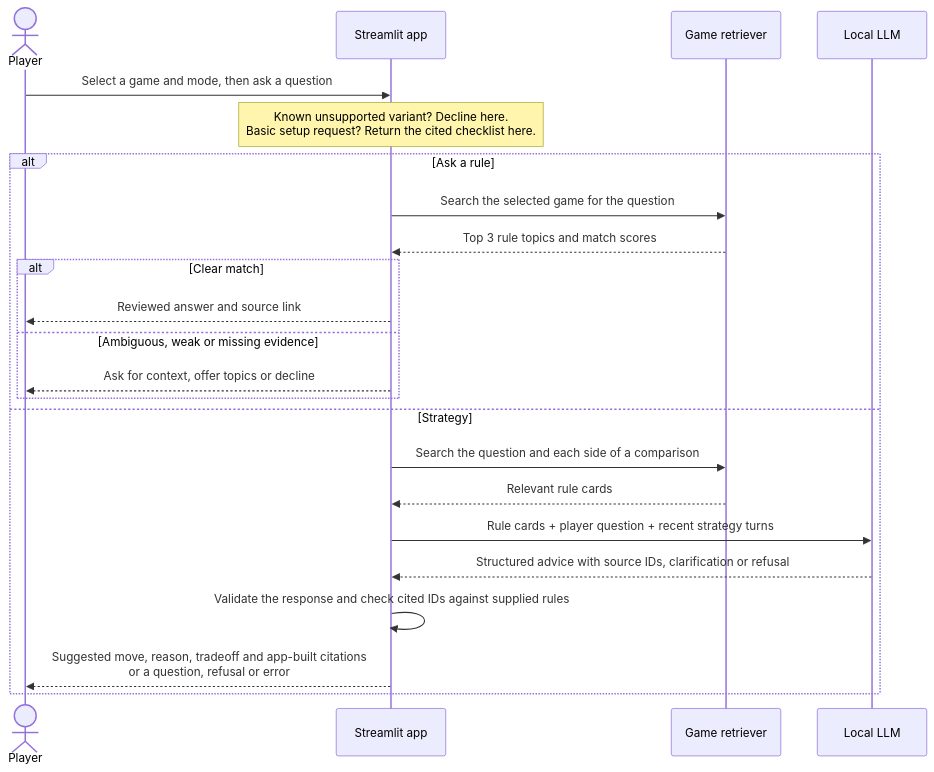
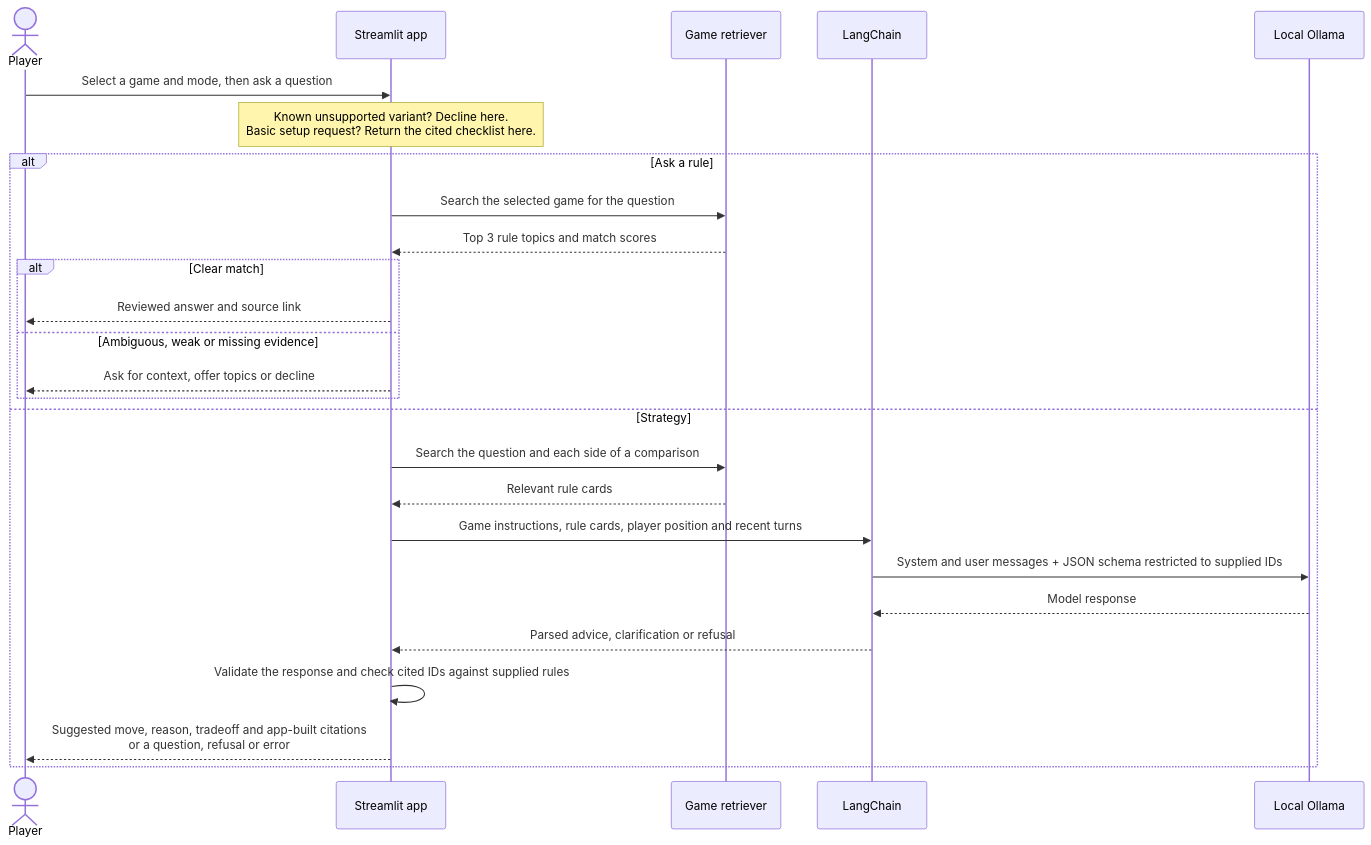
The second of 2 diagrams in docs/architecture.md (Shrezz/tabletalk), drawn with Mermaid before and after one commit. The commit also changed other lines of this file and 8 other files, not shown here.

Commit message:
Use LangChain for local strategy prompts and structured advice

````diff
--- a/docs/architecture.md
+++ b/docs/architecture.md
@@ -30,25 +31,28 @@
 ```mermaid
 sequenceDiagram
     actor P as Player
     participant A as Streamlit app
     participant R as Game retriever
-    participant L as Local LLM
+    participant C as LangChain
+    participant L as Local Ollama
     P->>A: Select a game and mode, then ask a question
     Note over A: Known unsupported variant? Decline here.<br/>Basic setup request? Return the cited checklist here.
     alt Ask a rule
         A->>R: Search the selected game for the question
         R-->>A: Top 3 rule topics and match scores
         alt Clear match
             A-->>P: Reviewed answer and source link
         else Ambiguous, weak or missing evidence
             A-->>P: Ask for context, offer topics or decline
         end
     else Strategy
         A->>R: Search the question and each side of a comparison
         R-->>A: Relevant rule cards
-        A->>L: Rule cards + player question + recent strategy turns
-        L-->>A: Structured advice with source IDs, clarification or refusal
+        A->>C: Game instructions, rule cards, player position and recent turns
+        C->>L: System and user messages + JSON schema restricted to supplied IDs
+        L-->>C: Model response
+        C-->>A: Parsed advice, clarification or refusal
         A->>A: Validate the response and check cited IDs against supplied rules
         A-->>P: Suggested move, reason, tradeoff and app-built citations<br/>or a question, refusal or error
     end
 ```
````
